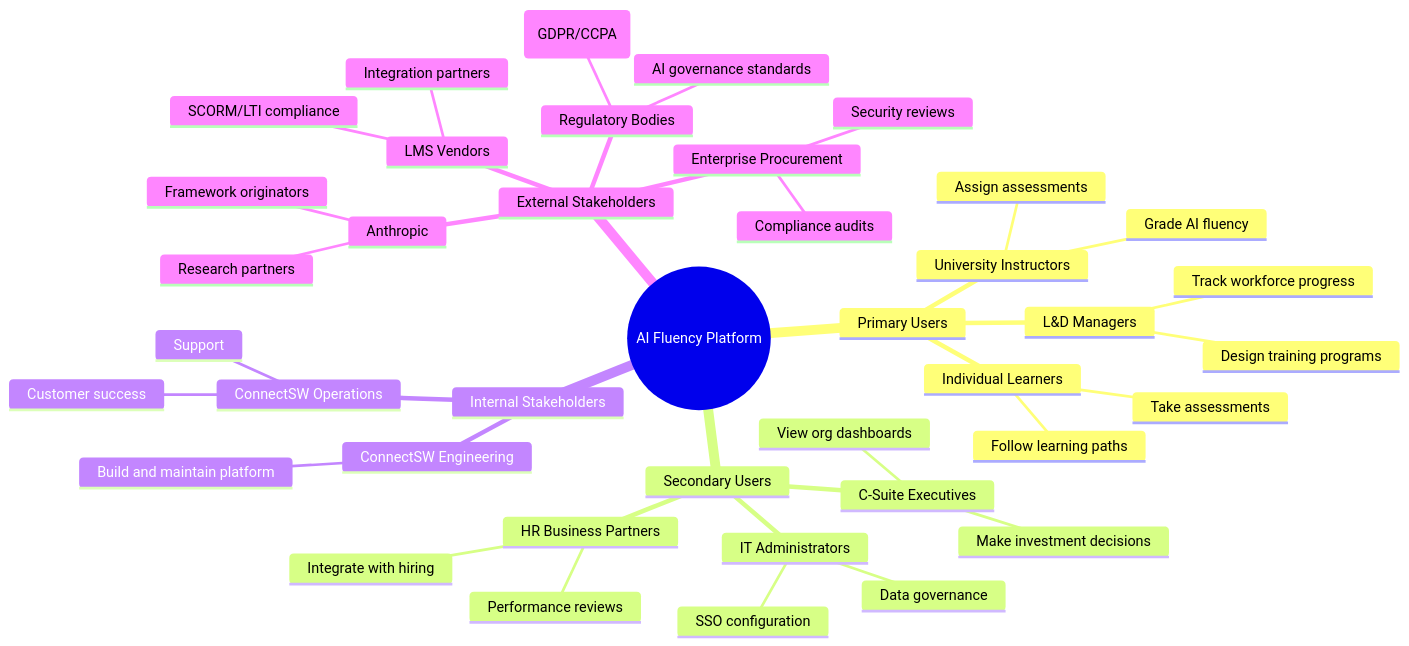
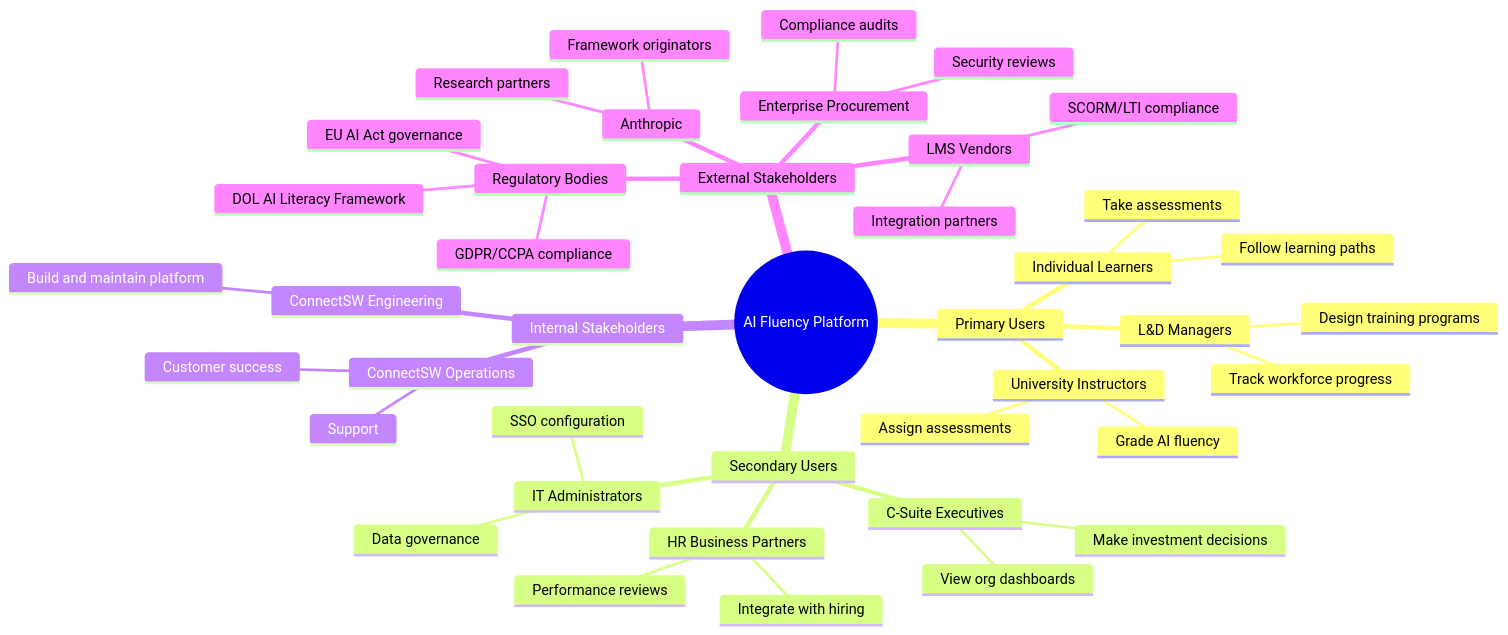
The first of 6 diagrams in products/ai-fluency/docs/business-analysis.md (Tamoura/Claude-Code-creates-the-SW-company), drawn with Mermaid before and after one commit. The commit also changed other lines of this file and 1 other file, not shown here.

````diff
--- a/products/ai-fluency/docs/business-analysis.md
+++ b/products/ai-fluency/docs/business-analysis.md
@@ -62,43 +79,44 @@
 ```mermaid
 mindmap
   root((AI Fluency Platform))
     Primary Users
       L&D Managers
         Design training programs
         Track workforce progress
       Individual Learners
         Take assessments
         Follow learning paths
       University Instructors
         Assign assessments
         Grade AI fluency
     Secondary Users
       C-Suite Executives
         View org dashboards
         Make investment decisions
       HR Business Partners
         Integrate with hiring
         Performance reviews
       IT Administrators
         SSO configuration
         Data governance
     Internal Stakeholders
       ConnectSW Engineering
         Build and maintain platform
       ConnectSW Operations
         Customer success
         Support
     External Stakeholders
       Anthropic
         Framework originators
         Research partners
       Enterprise Procurement
         Security reviews
         Compliance audits
       LMS Vendors
         Integration partners
         SCORM/LTI compliance
       Regulatory Bodies
-        Data privacy (GDPR/CCPA)
-        AI governance standards
+        DOL AI Literacy Framework
+        GDPR/CCPA compliance
+        EU AI Act governance
 ```
````
